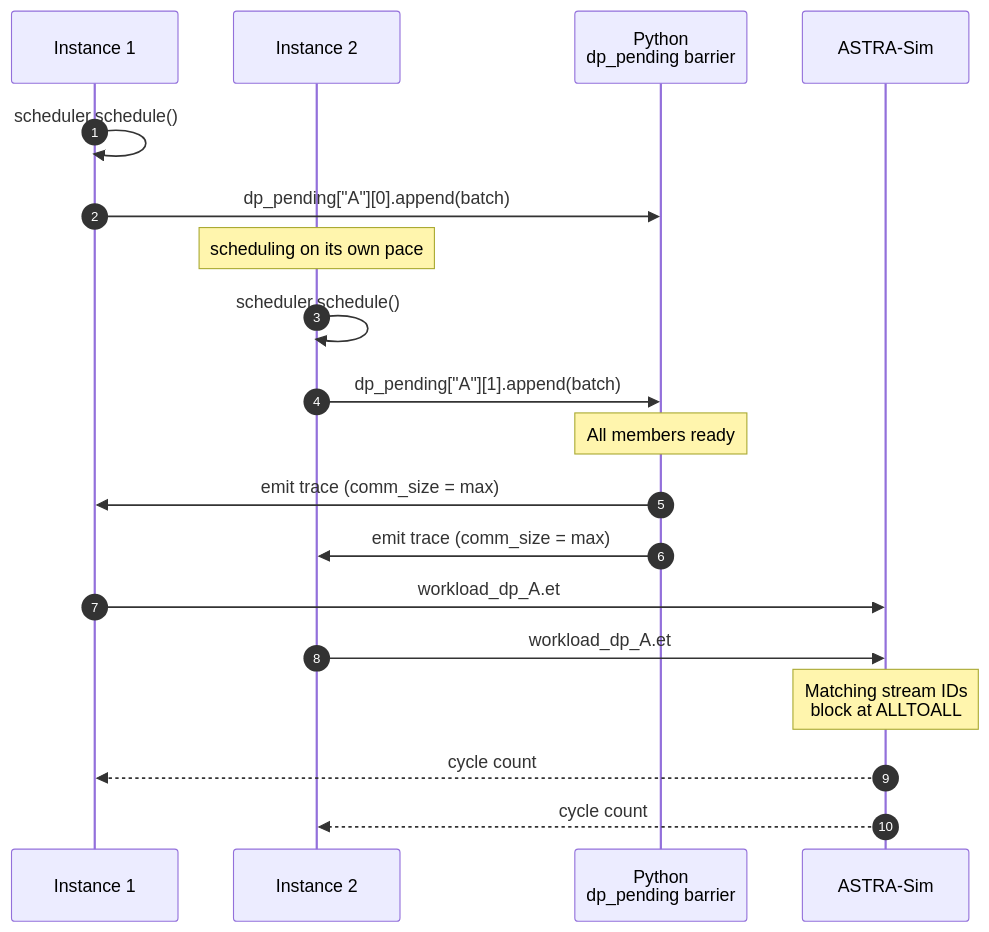
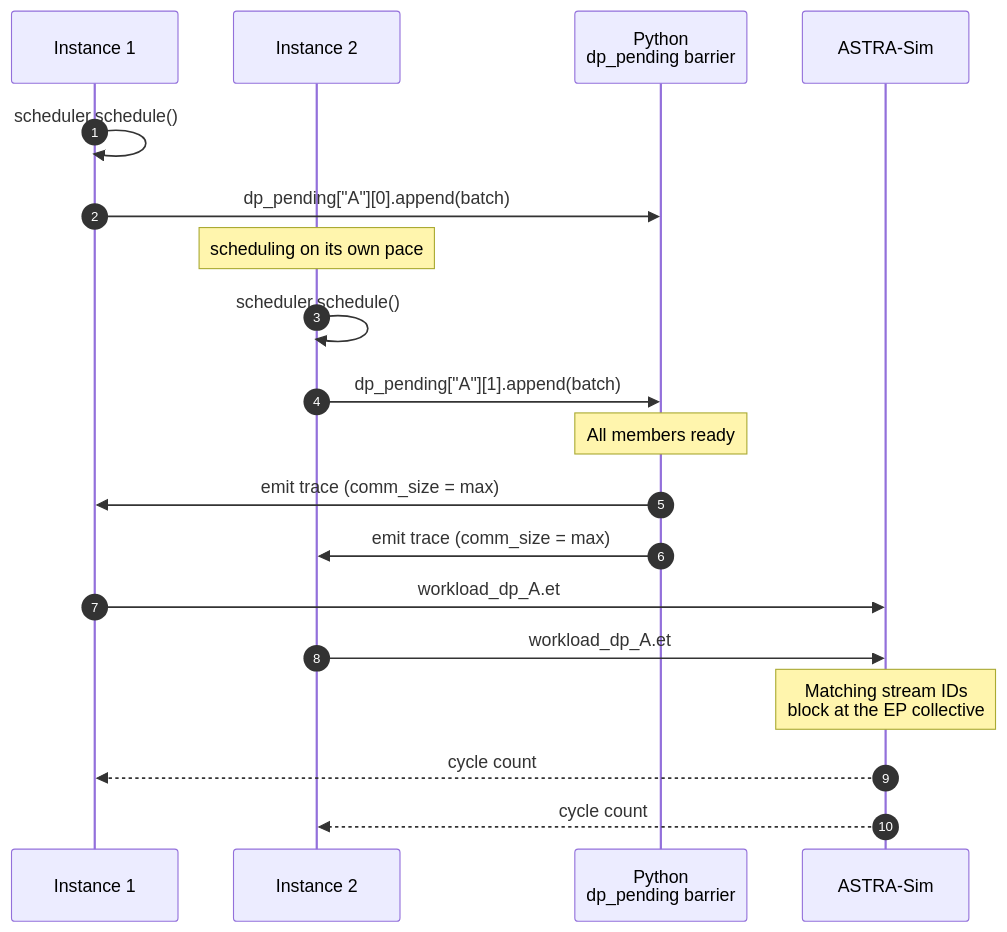
One commit to casys-kaist/LLMServingSim changed the fifth of 5 diagrams in docs/docs/simulator/parallelism-mechanics.md. Above: the diagram before and after it, drawn with Mermaid. The commit also changed other lines of this file and 15 other files, not shown here.

````diff
--- a/docs/docs/simulator/parallelism-mechanics.md
+++ b/docs/docs/simulator/parallelism-mechanics.md
@@ -171,21 +195,21 @@
 ```mermaid
 sequenceDiagram
     autonumber
     participant I1 as Instance 1
     participant I2 as Instance 2
     participant DPB as Python<br/>dp_pending barrier
     participant A as ASTRA-Sim
     I1->>I1: scheduler.schedule()
     I1->>DPB: dp_pending["A"][0].append(batch)
     Note over I2: scheduling on its own pace
     I2->>I2: scheduler.schedule()
     I2->>DPB: dp_pending["A"][1].append(batch)
     Note over DPB: All members ready
     DPB->>I1: emit trace (comm_size = max)
     DPB->>I2: emit trace (comm_size = max)
     I1->>A: workload_dp_A.et
     I2->>A: workload_dp_A.et
-    Note over A: Matching stream IDs<br/>block at ALLTOALL
+    Note over A: Matching stream IDs<br/>block at the EP collective
     A-->>I1: cycle count
     A-->>I2: cycle count
 ```
````
